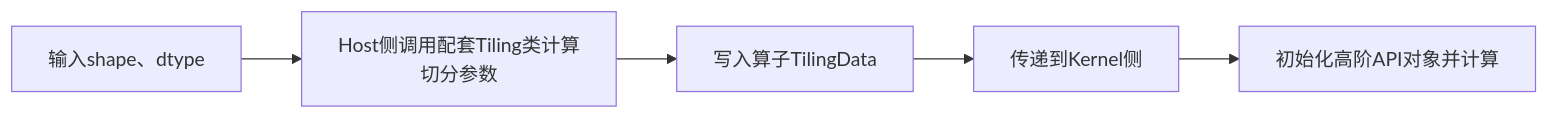
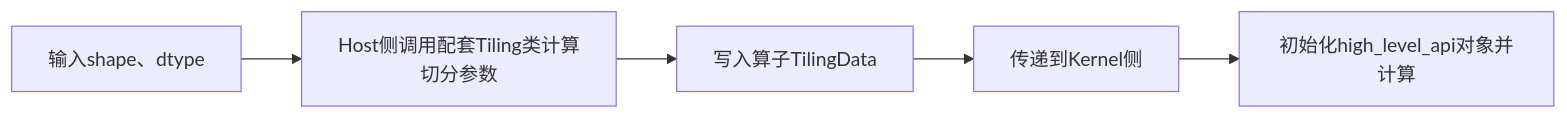
The diagram in docs/zh/guide/编程指南/高级编程/Aclnn算子工程化开发/设计与实现/使用高阶API时配套的Tiling实现.md (qingshangyan12/asc-devkit_clone), drawn with Mermaid before and after one commit. The commit also changed other lines of this file and 5115 other files, not shown here.

````diff
--- a/docs/zh/guide/编程指南/高级编程/Aclnn算子工程化开发/设计与实现/使用高阶API时配套的Tiling实现.md
+++ b/docs/zh/guide/编程指南/高级编程/Aclnn算子工程化开发/设计与实现/使用高阶API时配套的Tiling实现.md
@@ -11,7 +11,7 @@
 ```mermaid
 flowchart LR
     A["输入shape、dtype"] --> B["Host侧调用配套Tiling类计算切分参数"]
     B --> C["写入算子TilingData"]
     C --> D["传递到Kernel侧"]
-    D --> E["初始化高阶API对象并计算"]
+    D --> E["初始化high_level_api对象并计算"]
 ```
````
